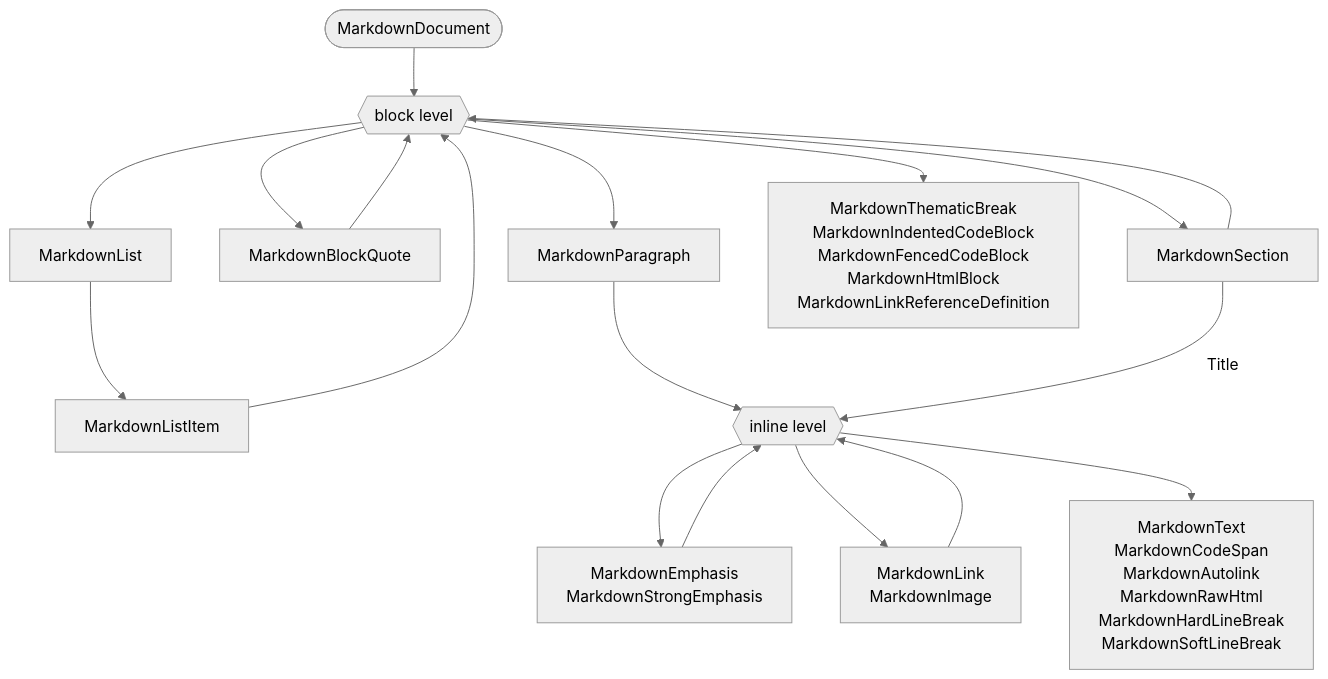
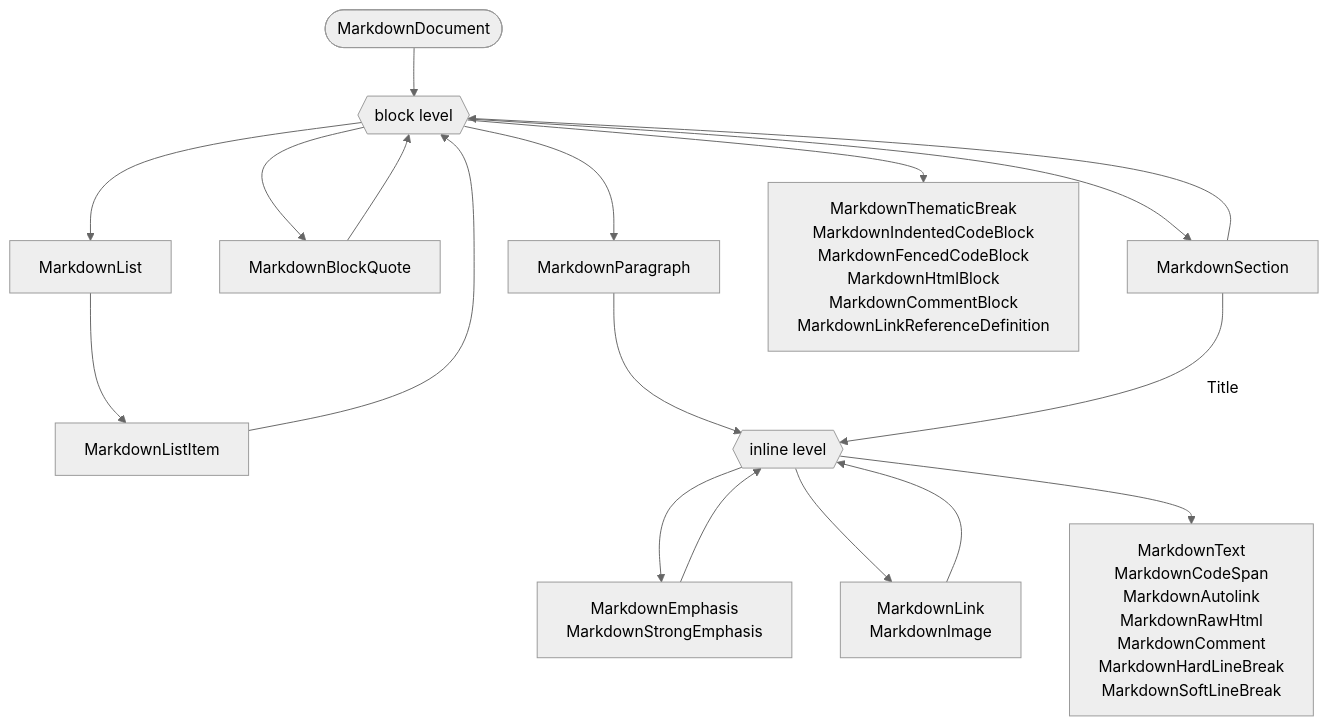
One commit to PSModule/Markdown changed the first of 3 diagrams in docs/markdown-object-model/design.md. Above: the diagram before and after it, drawn with Mermaid (neutral theme). The commit also changed other lines of this file, not shown here.

First line of the commit message:
Record the two-comment-type decision in the design

````diff
--- a/docs/markdown-object-model/design.md
+++ b/docs/markdown-object-model/design.md
@@ -43,25 +43,25 @@
 ```mermaid
 flowchart TD
     Doc(["MarkdownDocument"]) --> BL{{"block level"}}
 
     BL --> SE["MarkdownSection"]
     BL --> BQ["MarkdownBlockQuote"]
     BL --> LS["MarkdownList"]
     BL --> PA["MarkdownParagraph"]
-    BL --> LFB["MarkdownThematicBreak<br>MarkdownIndentedCodeBlock<br>MarkdownFencedCodeBlock<br>MarkdownHtmlBlock<br>MarkdownLinkReferenceDefinition"]
+    BL --> LFB["MarkdownThematicBreak<br>MarkdownIndentedCodeBlock<br>MarkdownFencedCodeBlock<br>MarkdownHtmlBlock<br>MarkdownCommentBlock<br>MarkdownLinkReferenceDefinition"]
 
     SE --> BL
     BQ --> BL
     LS --> LI["MarkdownListItem"]
     LI --> BL
 
     PA --> IL{{"inline level"}}
     SE -->|Title| IL
 
     IL --> EM["MarkdownEmphasis<br>MarkdownStrongEmphasis"]
     IL --> LK["MarkdownLink<br>MarkdownImage"]
-    IL --> LFI["MarkdownText<br>MarkdownCodeSpan<br>MarkdownAutolink<br>MarkdownRawHtml<br>MarkdownHardLineBreak<br>MarkdownSoftLineBreak"]
+    IL --> LFI["MarkdownText<br>MarkdownCodeSpan<br>MarkdownAutolink<br>MarkdownRawHtml<br>MarkdownComment<br>MarkdownHardLineBreak<br>MarkdownSoftLineBreak"]
 
     EM --> IL
     LK --> IL
 ```
````
